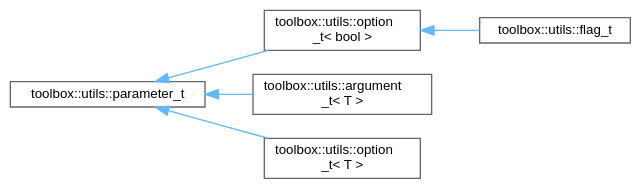
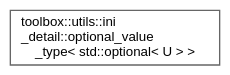
The diagram in inherit_graph_83.dot (nerdneilsfield/cpp-toolbox), drawn with Graphviz before and after one commit. The commit also changed 240 other files, not shown here.

```diff
--- a/inherit_graph_83.dot
+++ b/inherit_graph_83.dot
@@ -1,17 +1,9 @@
 digraph "Graphical Class Hierarchy"
 {
  // LATEX_PDF_SIZE
   bgcolor="transparent";
   edge [fontname=Helvetica,fontsize=10,labelfontname=Helvetica,labelfontsize=10];
   node [fontname=Helvetica,fontsize=10,shape=box,height=0.2,width=0.4];
   rankdir="LR";
-  Node0 [id="Node000000",label="toolbox::utils::parameter_t",height=0.2,width=0.4,color="grey40", fillcolor="white", style="filled",URL="$classtoolbox_1_1utils_1_1parameter__t.html",tooltip=" "];
-  Node0 -> Node1 [id="edge50_Node000000_Node000001",dir="back",color="steelblue1",style="solid",tooltip=" "];
-  Node1 [id="Node000001",label="toolbox::utils::option\l_t\< bool \>",height=0.2,width=0.4,color="grey40", fillcolor="white", style="filled",URL="$classtoolbox_1_1utils_1_1option__t.html",tooltip=" "];
-  Node1 -> Node2 [id="edge51_Node000001_Node000002",dir="back",color="steelblue1",style="solid",tooltip=" "];
-  Node2 [id="Node000002",label="toolbox::utils::flag_t",height=0.2,width=0.4,color="grey40", fillcolor="white", style="filled",URL="$classtoolbox_1_1utils_1_1flag__t.html",tooltip=" "];
-  Node0 -> Node3 [id="edge52_Node000000_Node000003",dir="back",color="steelblue1",style="solid",tooltip=" "];
-  Node3 [id="Node000003",label="toolbox::utils::argument\l_t\< T \>",height=0.2,width=0.4,color="grey40", fillcolor="white", style="filled",URL="$classtoolbox_1_1utils_1_1argument__t.html",tooltip=" "];
-  Node0 -> Node4 [id="edge53_Node000000_Node000004",dir="back",color="steelblue1",style="solid",tooltip=" "];
-  Node4 [id="Node000004",label="toolbox::utils::option\l_t\< T \>",height=0.2,width=0.4,color="grey40", fillcolor="white", style="filled",URL="$classtoolbox_1_1utils_1_1option__t.html",tooltip=" "];
+  Node0 [id="Node000000",label="toolbox::utils::ini\l_detail::optional_value\l_type\< std::optional\< U \> \>",height=0.2,width=0.4,color="grey40", fillcolor="white", style="filled",URL="$structtoolbox_1_1utils_1_1ini__detail_1_1optional__value__type_3_01std_1_1optional_3_01_u_01_4_01_4.html",tooltip=" "];
 }
```
